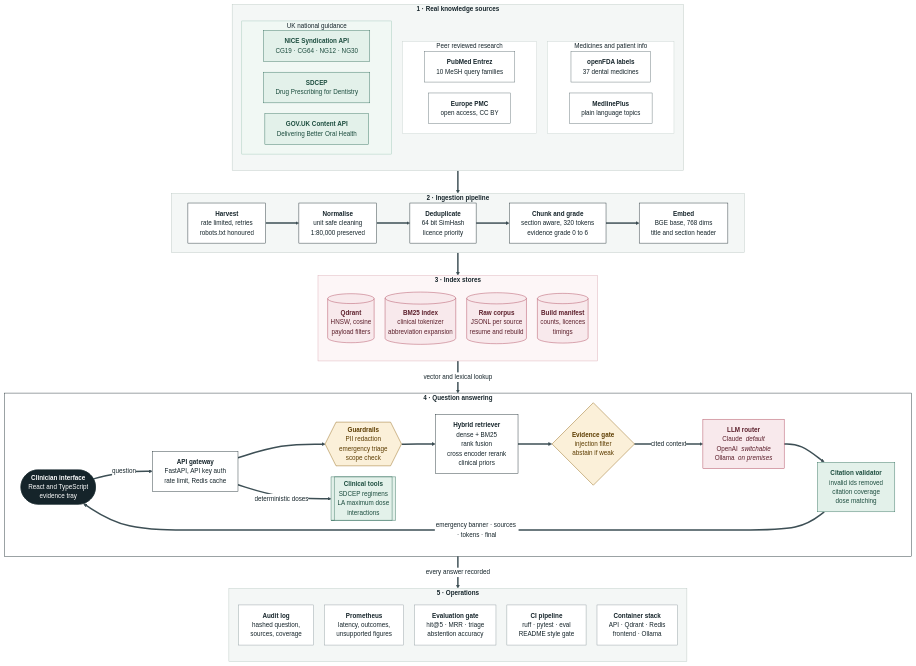
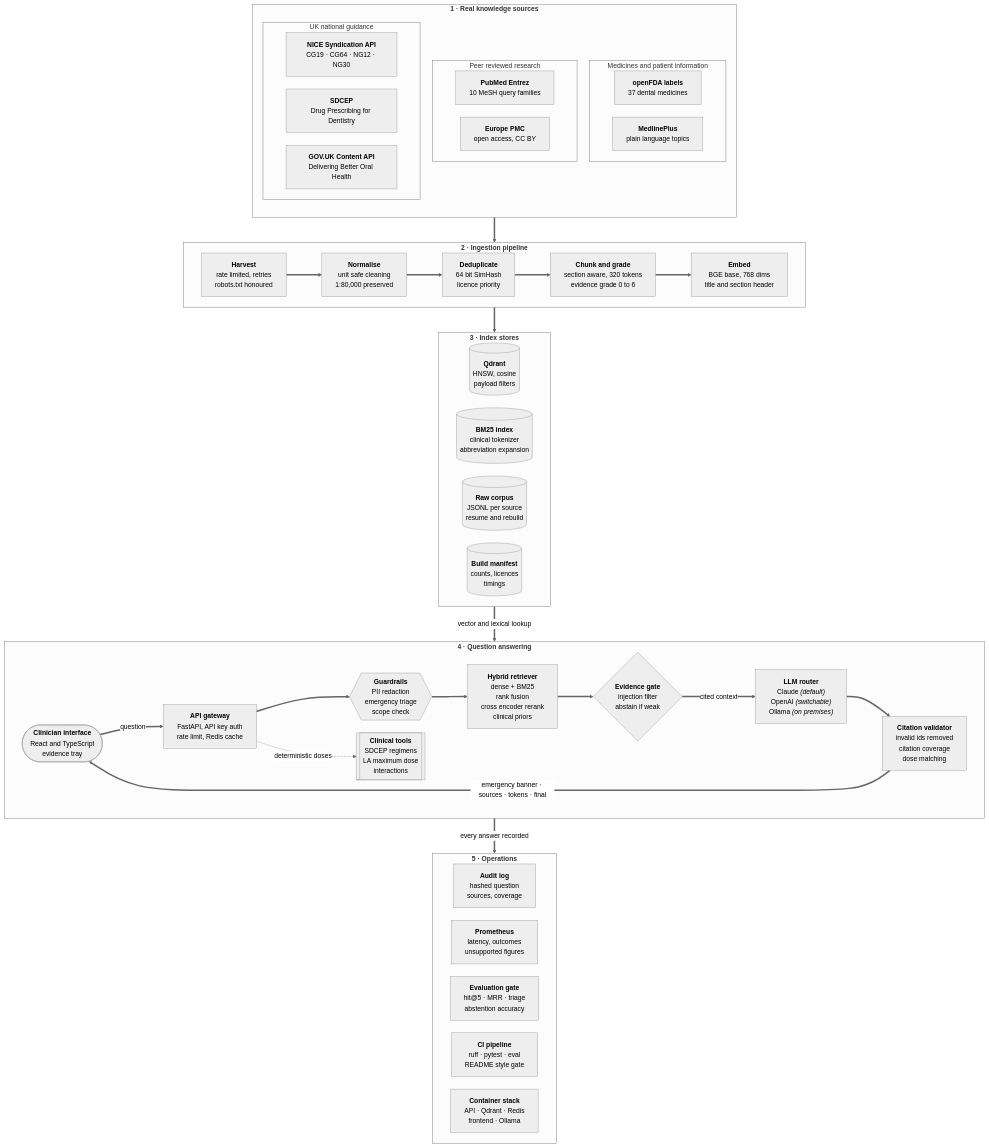
One commit to ANTHONY-CHINEDU-ECHEM/Root-Canon-AI changed the diagram in README.md. Above: the diagram before and after it, drawn with Mermaid.

Commit message:
Update README.md with improved diagram formatting

````diff
--- a/README.md
+++ b/README.md
@@ -7,11 +7,11 @@
 ```mermaid
-%%{init: {"theme": "base", "themeVariables": {"fontFamily": "Inter, Segoe UI, Helvetica Neue, Arial", "fontSize": "15px", "primaryColor": "#ffffff", "primaryTextColor": "#15242a", "primaryBorderColor": "#15242a", "lineColor": "#3d4f55", "clusterBkg": "#f4f7f6", "clusterBorder": "#b9c6c1", "edgeLabelBackground": "#ffffff", "titleColor": "#15242a"}, "flowchart": {"curve": "basis", "nodeSpacing": 26, "rankSpacing": 54, "padding": 14, "htmlLabels": true}}}%%
+%%{init: {"theme": "neutral", "flowchart": {"curve": "basis", "nodeSpacing": 30, "rankSpacing": 60, "padding": 16, "htmlLabels": true}}}%%
 flowchart TB
 
-  %% ============ 1. REAL KNOWLEDGE SOURCES ============
+  %% ===================== 1. REAL KNOWLEDGE SOURCES =====================
   subgraph SOURCES["<b>1 · Real knowledge sources</b>"]
     direction TB
-    subgraph MEDS["Medicines and patient info"]
+    subgraph MEDS["Medicines and patient information"]
       direction LR
       FDA["<b>openFDA labels</b><br/>37 dental medicines"]
       MLP["<b>MedlinePlus</b><br/>plain language topics"]
@@ -29,7 +29,7 @@
     end
   end
 
-  %% ============ 2. INGESTION PIPELINE ============
+  %% ===================== 2. INGESTION PIPELINE =====================
   subgraph INGEST["<b>2 · Ingestion pipeline</b>"]
     direction LR
     HARVEST["<b>Harvest</b><br/>rate limited, retries<br/>robots.txt honoured"]
@@ -40,16 +40,16 @@
     HARVEST ==> CLEAN ==> DEDUP ==> CHUNK ==> EMBED
   end
 
-  %% ============ 3. INDEX STORES ============
+  %% ===================== 3. INDEX STORES =====================
   subgraph STORES["<b>3 · Index stores</b>"]
-    direction TB
+    direction LR
     QDRANT[("<b>Qdrant</b><br/>HNSW, cosine<br/>payload filters")]
     BM25[("<b>BM25 index</b><br/>clinical tokenizer<br/>abbreviation expansion")]
     RAW[("<b>Raw corpus</b><br/>JSONL per source<br/>resume and rebuild")]
     MANIFEST[("<b>Build manifest</b><br/>counts, licences<br/>timings")]
   end
 
-  %% ============ 4. QUESTION ANSWERING ============
+  %% ===================== 4. QUESTION ANSWERING =====================
   subgraph ANSWER["<b>4 · Question answering</b>"]
     direction LR
     UI(["<b>Clinician interface</b><br/>React and TypeScript<br/>evidence tray"])
@@ -57,56 +57,33 @@
     GUARD{{"<b>Guardrails</b><br/>PII redaction<br/>emergency triage<br/>scope check"}}
     RETRIEVE["<b>Hybrid retriever</b><br/>dense + BM25<br/>rank fusion<br/>cross encoder rerank<br/>clinical priors"]
     GATE{"<b>Evidence gate</b><br/>injection filter<br/>abstain if weak"}
-    ROUTER["<b>LLM router</b><br/>Claude &nbsp;<i>default</i><br/>OpenAI &nbsp;<i>switchable</i><br/>Ollama &nbsp;<i>on premises</i>"]
+    ROUTER["<b>LLM router</b><br/>Claude <i>(default)</i><br/>OpenAI <i>(switchable)</i><br/>Ollama <i>(on premises)</i>"]
     VALIDATE["<b>Citation validator</b><br/>invalid ids removed<br/>citation coverage<br/>dose matching"]
     TOOLS[["<b>Clinical tools</b><br/>SDCEP regimens<br/>LA maximum dose<br/>interactions"]]
 
-    UI ==>|question| GATEWAY ==> GUARD ==> RETRIEVE ==> GATE ==>|cited context| ROUTER ==> VALIDATE
+    UI ==>|question| GATEWAY
+    GATEWAY ==> GUARD
+    GUARD ==> RETRIEVE
+    RETRIEVE ==> GATE
+    GATE ==>|cited context| ROUTER
+    ROUTER ==> VALIDATE
     VALIDATE ==>|"emergency banner · sources · tokens · final"| UI
-    GATEWAY ==>|deterministic doses| TOOLS
+    GATEWAY -.->|deterministic doses| TOOLS
   end
 
-  %% ============ 5. OPERATIONS ============
+  %% ===================== 5. OPERATIONS =====================
   subgraph OPS["<b>5 · Operations</b>"]
-    direction TB
-    AUDIT["<b>Audit log</b><br/>hashed question,<br/>sources, coverage"]
-    METRICS["<b>Prometheus</b><br/>latency, outcomes,<br/>unsupported figures"]
+    direction LR
+    AUDIT["<b>Audit log</b><br/>hashed question<br/>sources, coverage"]
+    METRICS["<b>Prometheus</b><br/>latency, outcomes<br/>unsupported figures"]
     EVAL["<b>Evaluation gate</b><br/>hit@5 · MRR · triage<br/>abstention accuracy"]
     CI["<b>CI pipeline</b><br/>ruff · pytest · eval<br/>README style gate"]
     STACK["<b>Container stack</b><br/>API · Qdrant · Redis<br/>frontend · Ollama"]
   end
 
-  SOURCES ==> INGEST ==> STORES
+  %% ===================== LAYER FLOW =====================
+  SOURCES ==> INGEST
+  INGEST ==> STORES
   STORES ==>|vector and lexical lookup| ANSWER
   ANSWER ==>|every answer recorded| OPS
-
-  %% ============ STYLES ============
-  classDef uk fill:#e3f1ea,stroke:#2c6a57,color:#1d4d3f
-  classDef research fill:#ffffff,stroke:#5a6a6f,color:#15242a
-  classDef stage fill:#ffffff,stroke:#15242a,color:#15242a
-  classDef store fill:#f8e9ec,stroke:#a83a4f,color:#5c1f2b
-  classDef safety fill:#fbf0d9,stroke:#8a5a00,color:#5c3c00
-  classDef model fill:#f8e9ec,stroke:#a83a4f,color:#5c1f2b
-  classDef verify fill:#e3f1ea,stroke:#2c6a57,color:#1d4d3f
-  classDef client fill:#15242a,stroke:#15242a,color:#ffffff
-  classDef ops fill:#ffffff,stroke:#8a989c,color:#15242a
-
-  class NICE,SDCEP,DBOH uk
-  class PUBMED,EPMC,FDA,MLP research
-  class HARVEST,CLEAN,DEDUP,CHUNK,EMBED,GATEWAY,RETRIEVE stage
-  class QDRANT,BM25,RAW,MANIFEST store
-  class GUARD,GATE safety
-  class ROUTER model
-  class VALIDATE,TOOLS verify
-  class UI client
-  class AUDIT,METRICS,EVAL,CI,STACK ops
-
-  style SOURCES fill:#f4f7f6,stroke:#b9c6c1
-  style INGEST fill:#f4f7f6,stroke:#b9c6c1
-  style STORES fill:#fdf6f7,stroke:#d9a9b3
-  style ANSWER fill:#ffffff,stroke:#15242a
-  style OPS fill:#f4f7f6,stroke:#b9c6c1
-  style UKG fill:#f1f8f4,stroke:#9cc7b6
-  style RESEARCH fill:#ffffff,stroke:#c9d3cf
-  style MEDS fill:#ffffff,stroke:#c9d3cf
 ```
````
